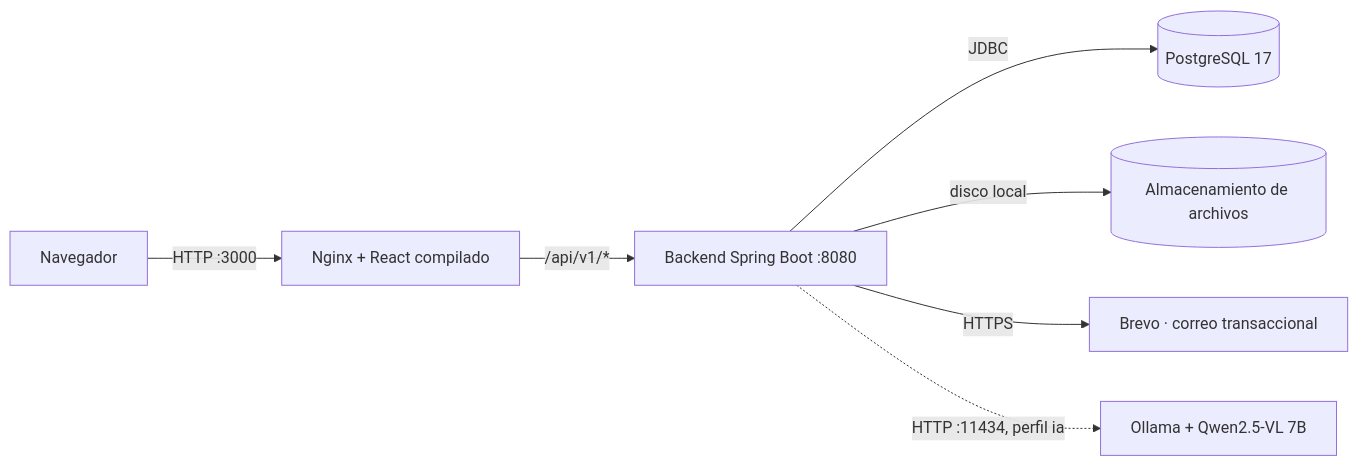
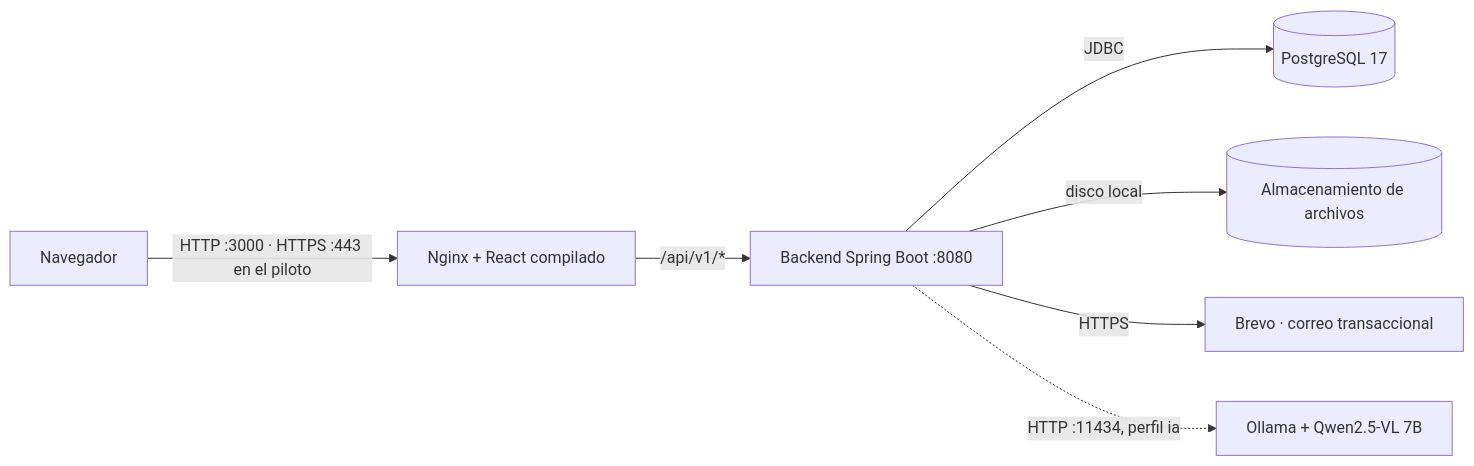
The first of 2 diagrams in docs/arquitectura.md (CarlosEscam/LogiCode-Up), drawn with Mermaid before and after one commit. The commit also changed other lines of this file and 31 other files, not shown here.

First line of the commit message:
Agrega la Etapa 10: piloto con HTTPS, manuales y página de inicio

````diff
--- a/docs/arquitectura.md
+++ b/docs/arquitectura.md
@@ -10,9 +10,9 @@
 ```mermaid
 flowchart LR
-    U[Navegador] -->|HTTP :3000| N[Nginx + React compilado]
+    U[Navegador] -->|HTTP :3000 · HTTPS :443 en el piloto| N[Nginx + React compilado]
     N -->|/api/v1/*| B[Backend Spring Boot :8080]
     B -->|JDBC| P[(PostgreSQL 17)]
     B -->|disco local| F[(Almacenamiento de archivos)]
     B -->|HTTPS| M[Brevo · correo transaccional]
     B -.->|HTTP :11434, perfil ia| O[Ollama + Qwen2.5-VL 7B]
 ```
````
